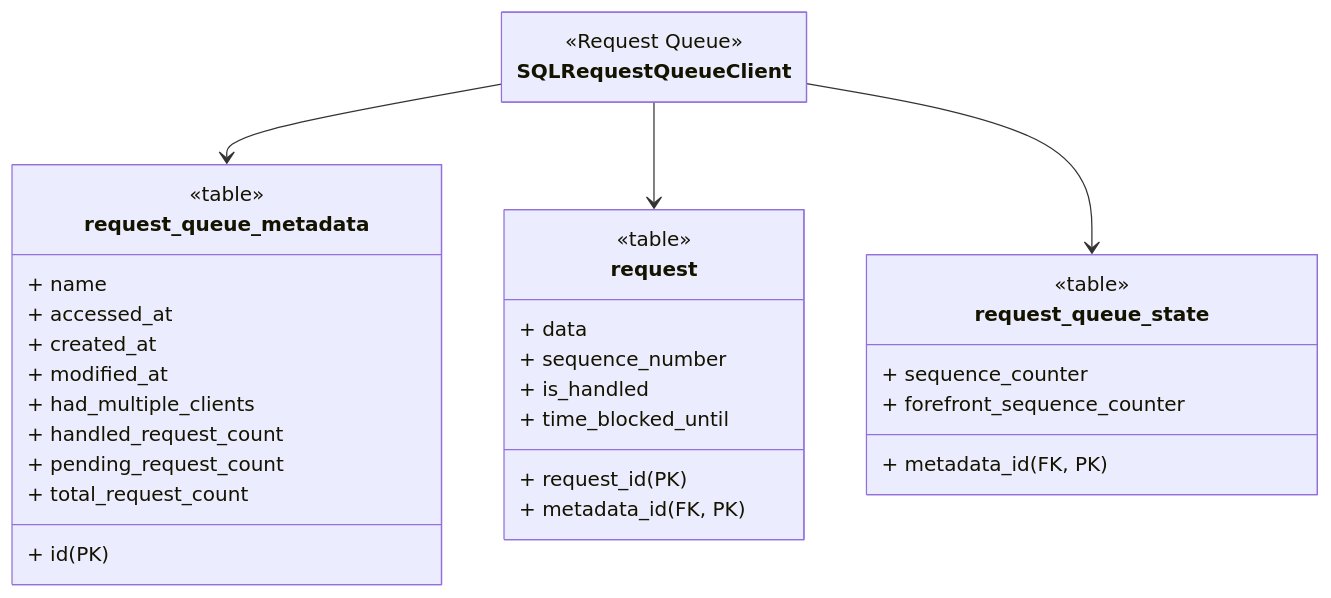
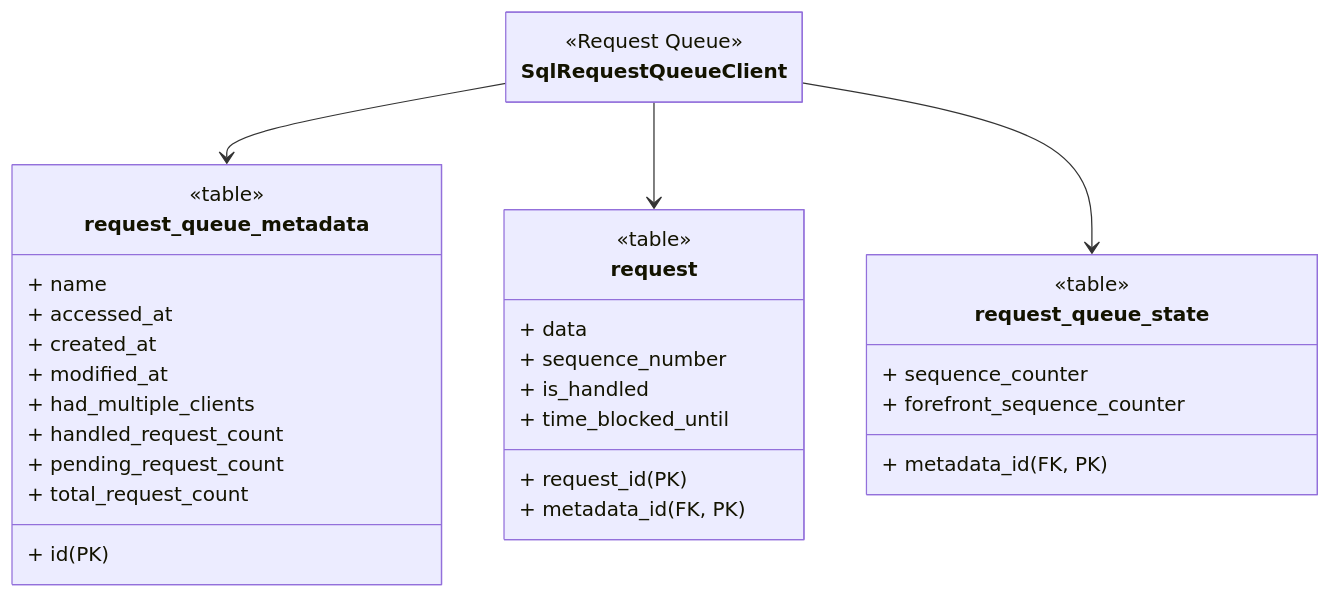
One commit to apify/crawlee-python changed the third of 3 diagrams in docs/guides/storage_clients.mdx. Above: the diagram before and after it, drawn with Mermaid. The commit also changed other lines of this file and 15 other files, not shown here.

````diff
--- a/docs/guides/storage_clients.mdx
+++ b/docs/guides/storage_clients.mdx
@@ -225,59 +225,59 @@
 ```mermaid
 ---
 config:
     class:
         hideEmptyMembersBox: true
 ---
 
 classDiagram
 
 %% ========================
 %% Storage Clients
 %% ========================
 
-class SQLRequestQueueClient {
+class SqlRequestQueueClient {
     <<Request Queue>>
 }
 
 %% ========================
 %% Request Queue Tables
 %% ========================
 
 class request_queue_metadata {
     <<table>>
     + id (PK)
     + name
     + accessed_at
     + created_at
     + modified_at
     + had_multiple_clients
     + handled_request_count
     + pending_request_count
     + total_request_count
 }
 
 class request {
     <<table>>
     + request_id (PK)
     + metadata_id (FK, PK)
     + data
     + sequence_number
     + is_handled
     + time_blocked_until
 }
 
 class request_queue_state {
     <<table>>
     + metadata_id (FK, PK)
     + sequence_counter
     + forefront_sequence_counter
 }
 
 %% ========================
 %% Client to Table arrows
 %% ========================
 
-SQLRequestQueueClient --> request_queue_metadata
-SQLRequestQueueClient --> request
-SQLRequestQueueClient --> request_queue_state
+SqlRequestQueueClient --> request_queue_metadata
+SqlRequestQueueClient --> request
+SqlRequestQueueClient --> request_queue_state
 ```
````
